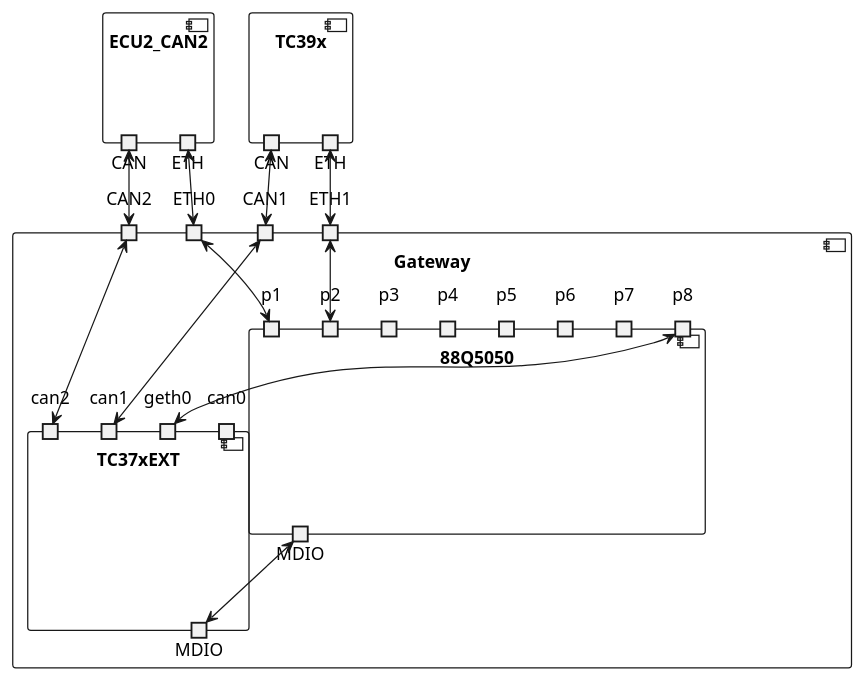
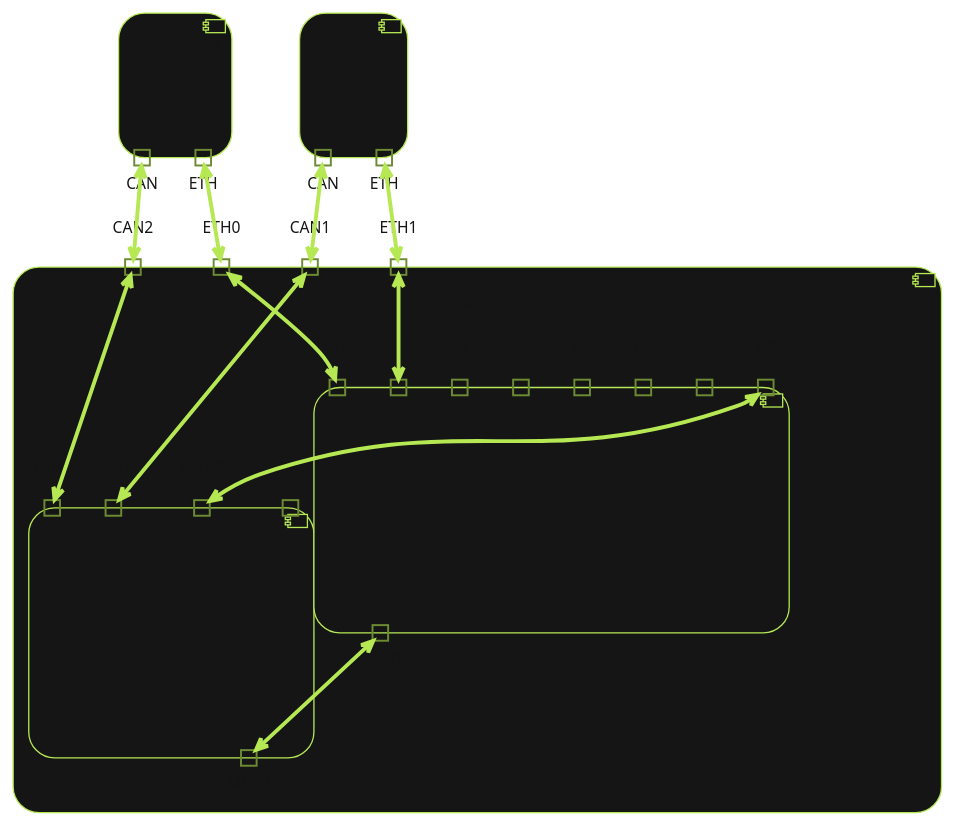
One commit to MeletChirino/Rapport-Stage-ASTC changed the diagram in uml_diagrams/GWConnectionsDiagram.iuml. Above: the diagram before and after it, drawn with PlantUML. The commit also changed 2 other files, not shown here.

```diff
--- a/uml_diagrams/GWConnectionsDiagram.iuml
+++ b/uml_diagrams/GWConnectionsDiagram.iuml
@@ -1,47 +1,48 @@
 @startuml
+!theme hacker
 component ECU2_CAN2 {
 	portout CAN as can_ecu2
 	portout ETH as eth_ecu2
 }
 component Gateway {
 	port CAN2 as can2_gw
 	port ETH0 as eth0_gw
 	port CAN1 as can1_gw
 	port ETH1 as eth1_gw
 	component TC37xEXT {
 		port geth0
 		portout MDIO
 		port can1
 		port can2
 		port can0
 	}
 	component 88Q5050 {
 		port p1
 		port p2
 		port p3
 		port p4
 		port p5
 		port p6
 		port p7
 		port p8
 		portout MDIO as mdio_swt
 	}
 }
 component TC39x {
 	portout CAN as can_tc39
 	portout ETH as eth_tc39
 }
 can_ecu2 <--> can2_gw 
 eth_ecu2 <--> eth0_gw
 
 can_tc39 <--> can1_gw 
 eth_tc39 <--> eth1_gw
 
 can2_gw <--> can2
 can1_gw <--> can1
 
 MDIO <-> mdio_swt
 p8 <--> geth0
 eth0_gw <--> p1
 eth1_gw <--> p2
 @enduml
```
